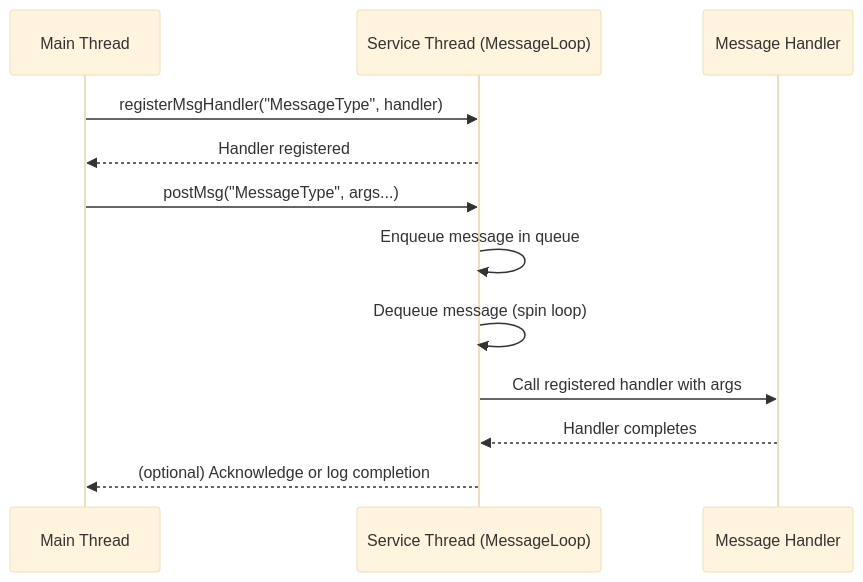
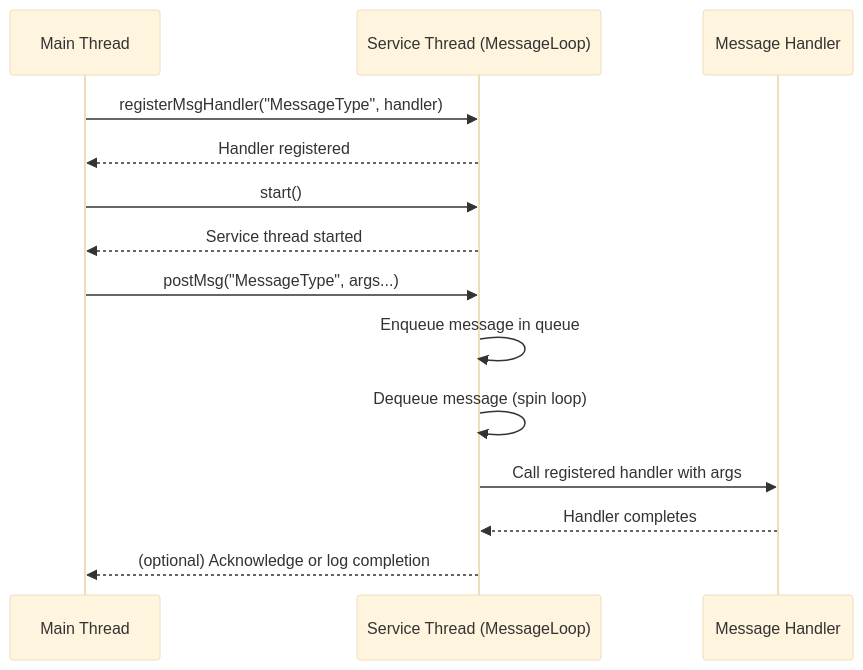
One commit to manojijthadani/chirp changed the diagram in docs/architecture_design.md. Above: the diagram before and after it, drawn with Mermaid (base theme). The commit also changed other lines of this file, not shown here.

````diff
--- a/docs/architecture_design.md
+++ b/docs/architecture_design.md
@@ -108,15 +93,17 @@
 ```mermaid
 sequenceDiagram
     participant MainThread as Main Thread
     participant ServiceThread as Service Thread (MessageLoop)
     participant Handler as Message Handler
 
     MainThread->>ServiceThread: registerMsgHandler("MessageType", handler)
     ServiceThread-->>MainThread: Handler registered
+    MainThread->>ServiceThread: start()
+    ServiceThread-->>MainThread: Service thread started
     MainThread->>ServiceThread: postMsg("MessageType", args...)
     ServiceThread->>ServiceThread: Enqueue message in queue
     ServiceThread->>ServiceThread: Dequeue message (spin loop)
     ServiceThread->>Handler: Call registered handler with args
     Handler-->>ServiceThread: Handler completes
     ServiceThread-->>MainThread: (optional) Acknowledge or log completion
 ```
````
